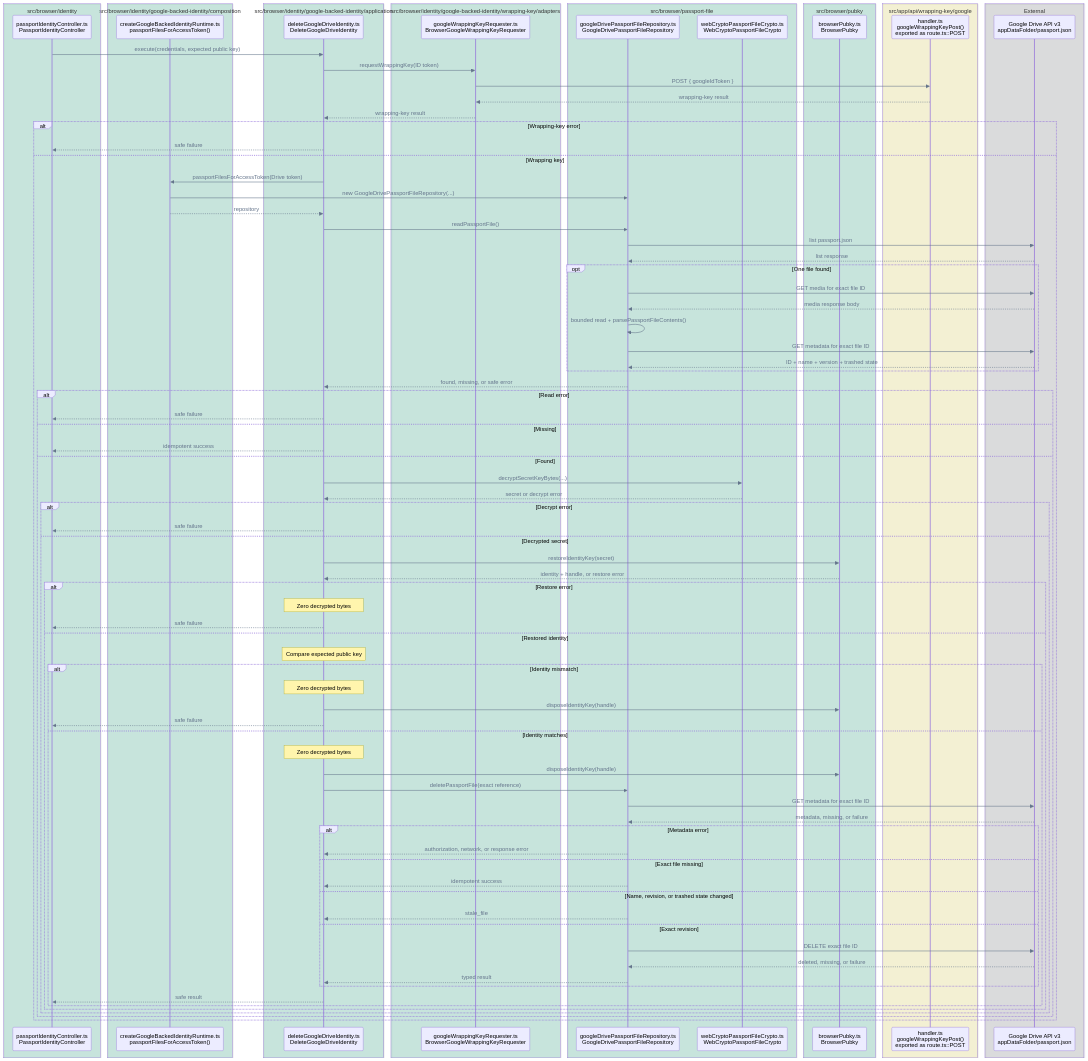
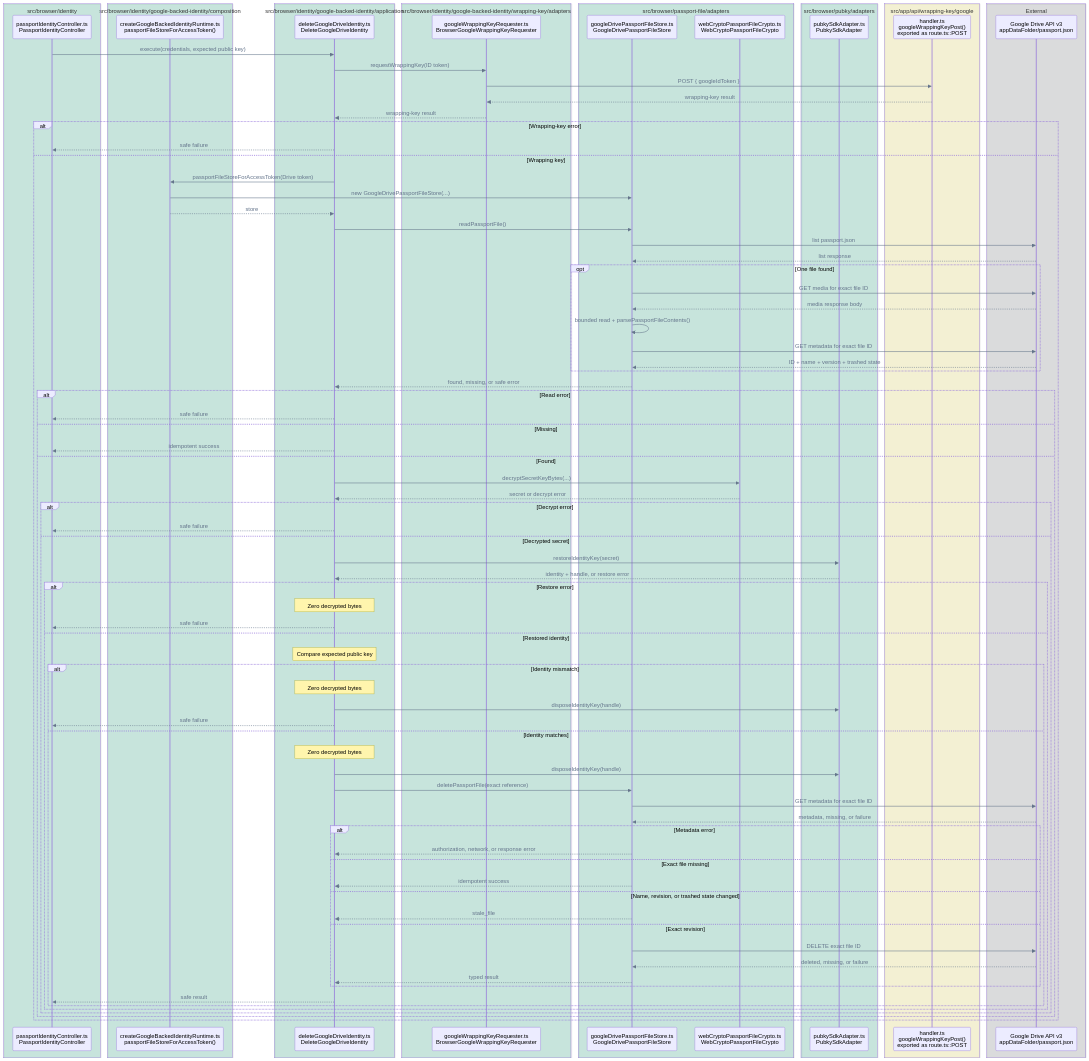
One commit to pubky/pubky-passport changed diagram 12 of 14 in FLOWS.md. Above: the diagram before and after it, drawn with Mermaid. The commit also changed other lines of this file and 50 other files, not shown here.

```diff
--- a/FLOWS.md
+++ b/FLOWS.md
@@ -642,7 +648,7 @@
         participant Controller as passportIdentityController.ts<br/>PassportIdentityController
     end
     box rgba(0, 158, 115, 0.18) src/browser/identity/google-backed-identity/composition
-        participant DriveFactory as createGoogleBackedIdentityRuntime.ts<br/>passportFilesForAccessToken()
+        participant DriveFactory as createGoogleBackedIdentityRuntime.ts<br/>passportFileStoreForAccessToken()
     end
     box rgba(0, 158, 115, 0.18) src/browser/identity/google-backed-identity/application
         participant Delete as deleteGoogleDriveIdentity.ts<br/>DeleteGoogleDriveIdentity
@@ -650,12 +656,12 @@
     box rgba(0, 158, 115, 0.18) src/browser/identity/google-backed-identity/wrapping-key/adapters
         participant Wrapping as googleWrappingKeyRequester.ts<br/>BrowserGoogleWrappingKeyRequester
     end
-    box rgba(0, 158, 115, 0.18) src/browser/passport-file
-        participant DriveRepo as googleDrivePassportFileRepository.ts<br/>GoogleDrivePassportFileRepository
+    box rgba(0, 158, 115, 0.18) src/browser/passport-file/adapters
+        participant DriveStore as googleDrivePassportFileStore.ts<br/>GoogleDrivePassportFileStore
         participant Crypto as webCryptoPassportFileCrypto.ts<br/>WebCryptoPassportFileCrypto
     end
-    box rgba(0, 158, 115, 0.18) src/browser/pubky
-        participant Pubky as browserPubky.ts<br/>BrowserPubky
+    box rgba(0, 158, 115, 0.18) src/browser/pubky/adapters
+        participant Pubky as pubkySdkAdapter.ts<br/>PubkySdkAdapter
     end
     box rgba(240, 228, 66, 0.18) src/app/api/wrapping-key/google
         participant WrappingAPI as handler.ts<br/>googleWrappingKeyPost()<br/>exported as route.ts::POST
@@ -672,20 +678,20 @@
     alt Wrapping-key error
         Delete-->>Controller: safe failure
     else Wrapping key
-        Delete->>DriveFactory: passportFilesForAccessToken(Drive token)
-        DriveFactory->>DriveRepo: new GoogleDrivePassportFileRepository(...)
-        DriveFactory-->>Delete: repository
-        Delete->>DriveRepo: readPassportFile()
-        DriveRepo->>Drive: list passport.json
-        Drive-->>DriveRepo: list response
+        Delete->>DriveFactory: passportFileStoreForAccessToken(Drive token)
+        DriveFactory->>DriveStore: new GoogleDrivePassportFileStore(...)
+        DriveFactory-->>Delete: store
+        Delete->>DriveStore: readPassportFile()
+        DriveStore->>Drive: list passport.json
+        Drive-->>DriveStore: list response
         opt One file found
-            DriveRepo->>Drive: GET media for exact file ID
-            Drive-->>DriveRepo: media response body
-            DriveRepo->>DriveRepo: bounded read + parsePassportFileContents()
-            DriveRepo->>Drive: GET metadata for exact file ID
-            Drive-->>DriveRepo: ID + name + version + trashed state
+            DriveStore->>Drive: GET media for exact file ID
+            Drive-->>DriveStore: media response body
+            DriveStore->>DriveStore: bounded read + parsePassportFileContents()
+            DriveStore->>Drive: GET metadata for exact file ID
+            Drive-->>DriveStore: ID + name + version + trashed state
         end
-        DriveRepo-->>Delete: found, missing, or safe error
+        DriveStore-->>Delete: found, missing, or safe error
         alt Read error
             Delete-->>Controller: safe failure
         else Missing
@@ -710,19 +716,19 @@
                     else Identity matches
                         Note over Delete: Zero decrypted bytes
                         Delete->>Pubky: disposeIdentityKey(handle)
-                        Delete->>DriveRepo: deletePassportFile(exact reference)
-                        DriveRepo->>Drive: GET metadata for exact file ID
-                        Drive-->>DriveRepo: metadata, missing, or failure
+                        Delete->>DriveStore: deletePassportFile(exact reference)
+                        DriveStore->>Drive: GET metadata for exact file ID
+                        Drive-->>DriveStore: metadata, missing, or failure
                         alt Metadata error
-                            DriveRepo-->>Delete: authorization, network, or response error
+                            DriveStore-->>Delete: authorization, network, or response error
                         else Exact file missing
-                            DriveRepo-->>Delete: idempotent success
+                            DriveStore-->>Delete: idempotent success
                         else Name, revision, or trashed state changed
-                            DriveRepo-->>Delete: stale_file
+                            DriveStore-->>Delete: stale_file
                         else Exact revision
-                            DriveRepo->>Drive: DELETE exact file ID
-                            Drive-->>DriveRepo: deleted, missing, or failure
-                            DriveRepo-->>Delete: typed result
+                            DriveStore->>Drive: DELETE exact file ID
+                            Drive-->>DriveStore: deleted, missing, or failure
+                            DriveStore-->>Delete: typed result
                         end
                         Delete-->>Controller: safe result
                     end
```
